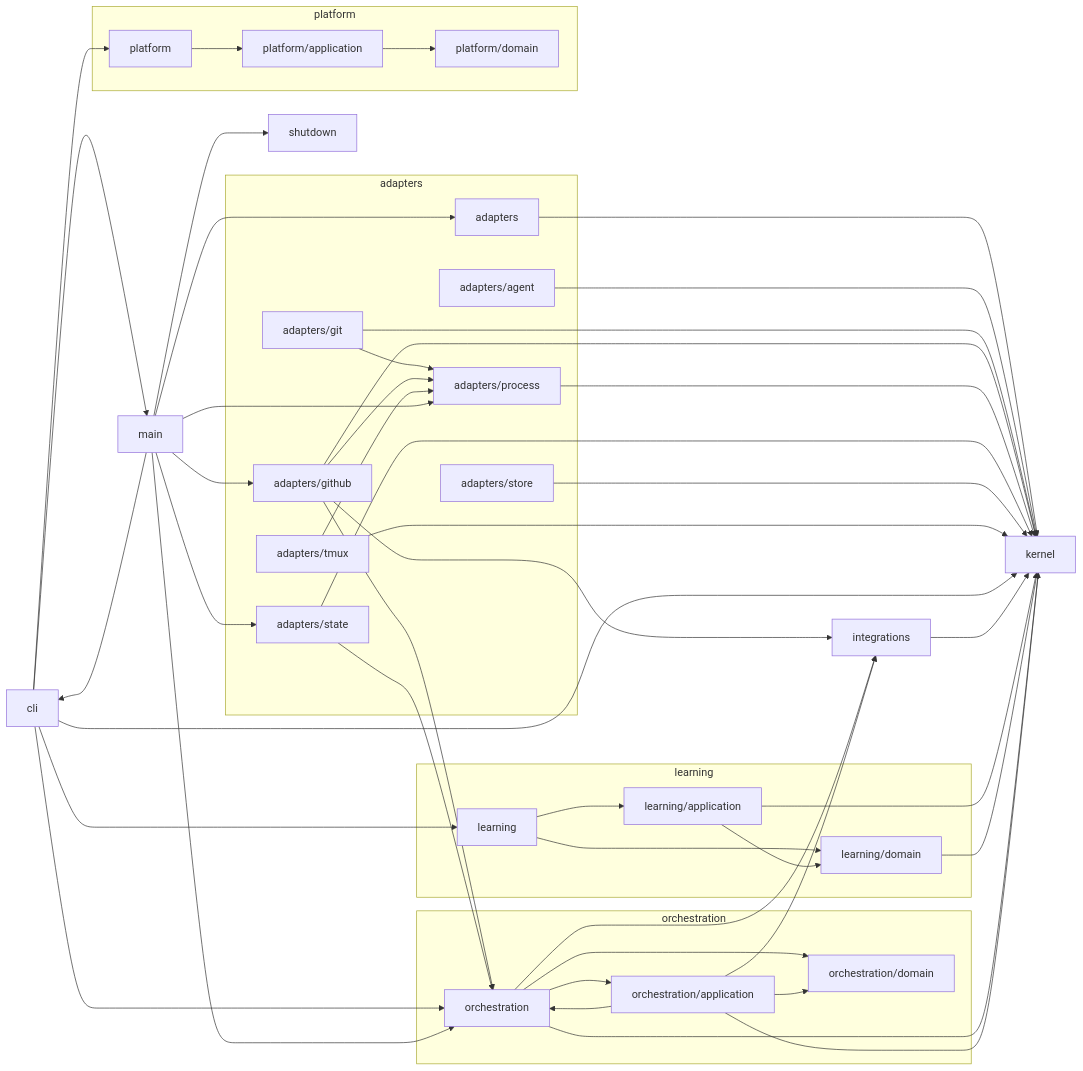
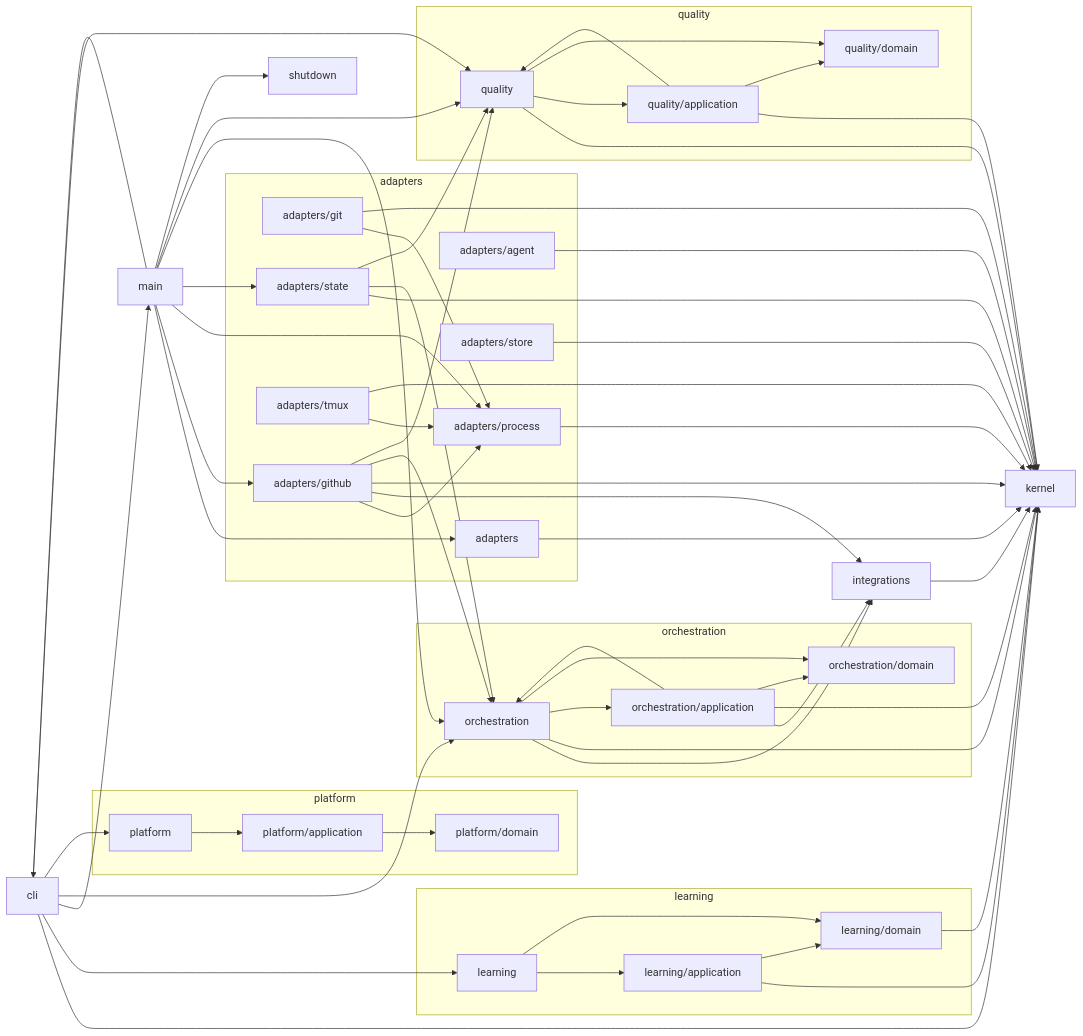
One commit to sethdford/shipwright changed the diagram in docs/reference/dependency-graph.md. Above: the diagram before and after it, drawn with Mermaid. The commit also changed 30 other files, not shown here.

````diff
--- a/docs/reference/dependency-graph.md
+++ b/docs/reference/dependency-graph.md
@@ -32,6 +32,11 @@
     platform_application["platform/application"]
     platform_domain["platform/domain"]
   end
+  subgraph ctx_quality["quality"]
+    quality["quality"]
+    quality_application["quality/application"]
+    quality_domain["quality/domain"]
+  end
   cli["cli"]
   integrations["integrations"]
   kernel["kernel"]
@@ -45,9 +50,11 @@
   adapters_github --> integrations
   adapters_github --> kernel
   adapters_github --> orchestration
+  adapters_github --> quality
   adapters_process --> kernel
   adapters_state --> kernel
   adapters_state --> orchestration
+  adapters_state --> quality
   adapters_store --> kernel
   adapters_tmux --> adapters_process
   adapters_tmux --> kernel
@@ -56,6 +63,7 @@
   cli --> main
   cli --> orchestration
   cli --> platform
+  cli --> quality
   integrations --> kernel
   learning --> learning_application
   learning --> learning_domain
@@ -68,6 +76,7 @@
   main --> adapters_state
   main --> cli
   main --> orchestration
+  main --> quality
   main --> shutdown
   orchestration --> integrations
   orchestration --> kernel
@@ -79,4 +88,10 @@
   orchestration_application --> orchestration_domain
   platform --> platform_application
   platform_application --> platform_domain
+  quality --> kernel
+  quality --> quality_application
+  quality --> quality_domain
+  quality_application --> kernel
+  quality_application --> quality
+  quality_application --> quality_domain
 ```
````
